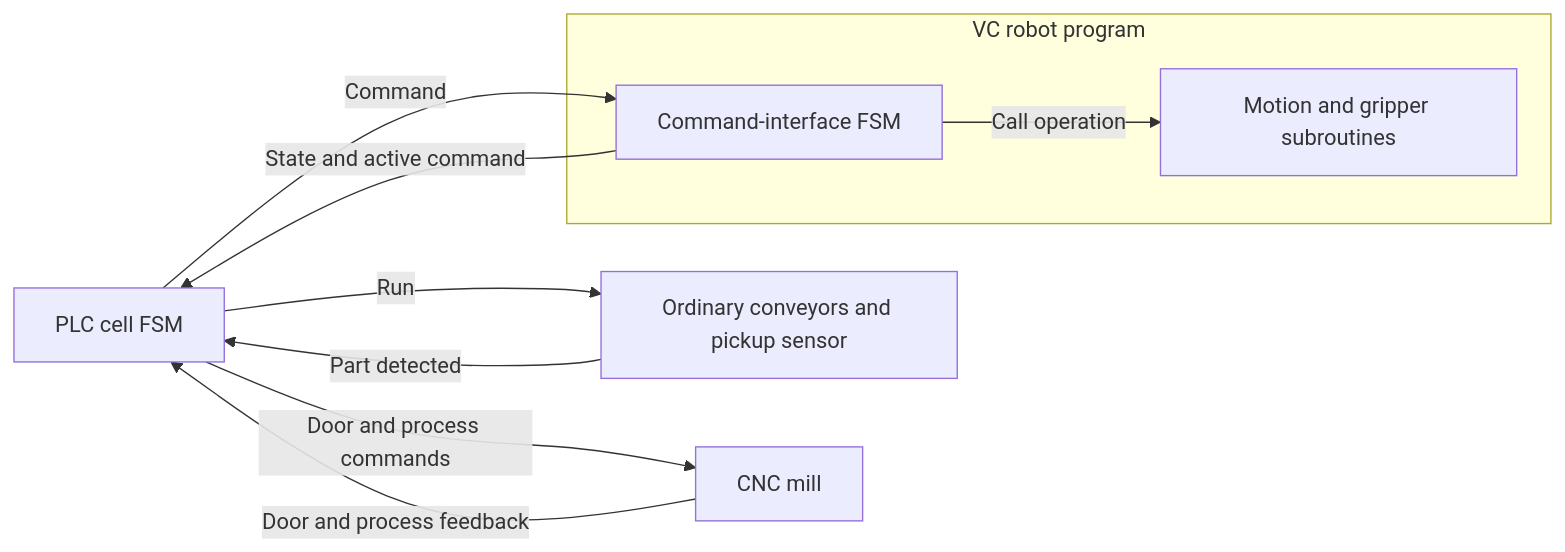
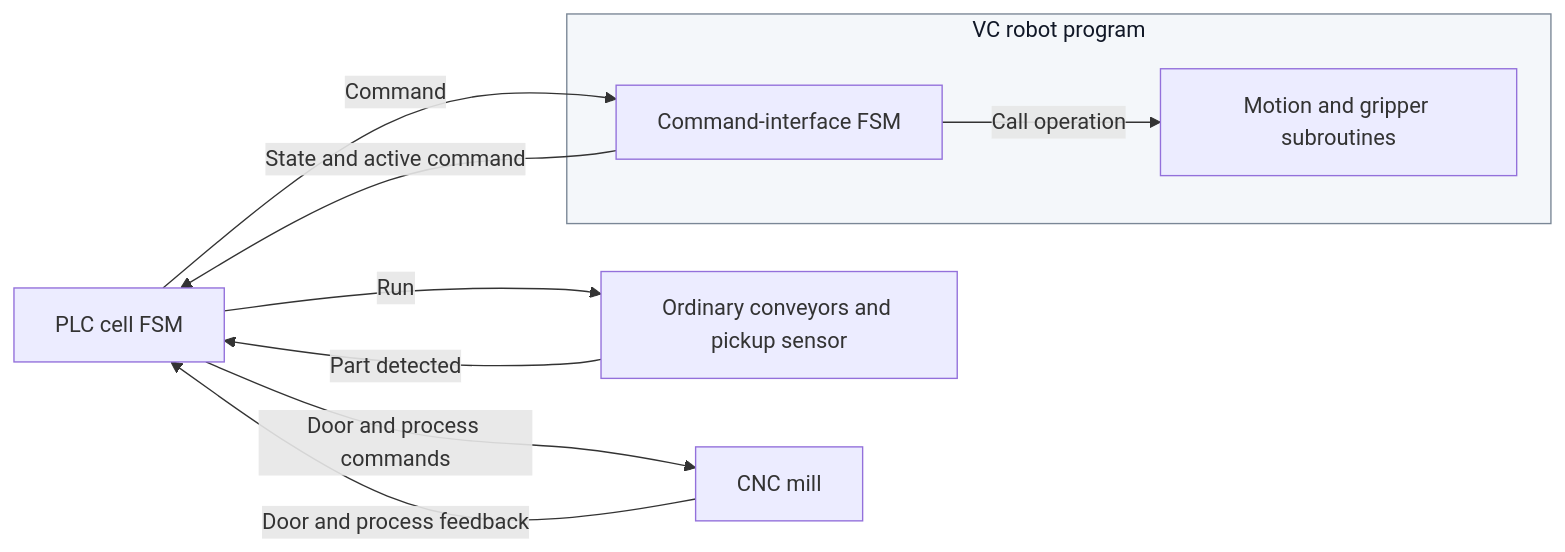
One commit to frdedynamics/Industrial-Robotics-and-PLCs changed the first of 2 diagrams in pages/robot_cell.qmd. Above: the diagram before and after it, drawn with Mermaid. The commit also changed other lines of this file and 3 other files, not shown here.

Commit message:
add click-to-enlarge feature for Mermaid diagrams and update VC pseudocode styling

````diff
--- a/pages/robot_cell.qmd
+++ b/pages/robot_cell.qmd
@@ -506,21 +506,23 @@
 ```{mermaid}
 %%| label: fig-cell-control-boundary
 %%| fig-cap: "The PLC coordinates the cell, while the robot-side state machine turns each accepted command into one complete robot operation."
 flowchart LR
     PLC[PLC cell FSM]
     CONVEYOR[Ordinary conveyors and pickup sensor]
     CNC[CNC mill]
 
     subgraph VC[VC robot program]
         ROBOT[Command-interface FSM]
         ROUTINES[Motion and gripper subroutines]
         ROBOT -->|Call operation| ROUTINES
     end
 
+    style VC fill:#f4f7fa,stroke:#7a8796,color:#111827
+
     PLC -->|Command| ROBOT
     ROBOT -->|State and active command| PLC
     PLC -->|Run| CONVEYOR
     CONVEYOR -->|Part detected| PLC
     PLC -->|Door and process commands| CNC
     CNC -->|Door and process feedback| PLC
 ```
````
